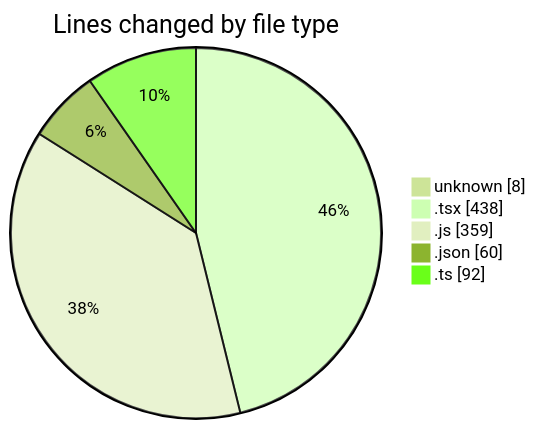
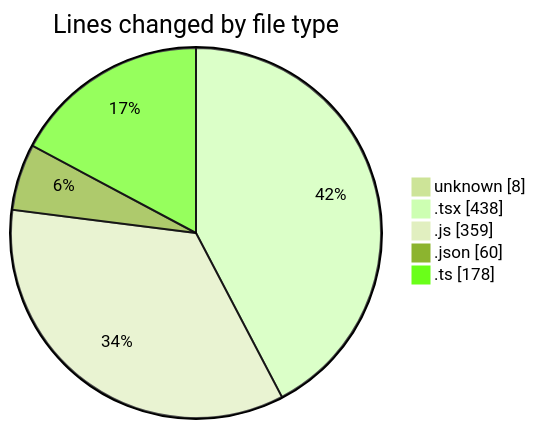
The first of 2 diagrams in 2025-08-07/napxuvn/README.md (lephambinh05/code-tracking), drawn with Mermaid (forest theme) before and after one commit. The commit also changed other lines of this file and 1 other file, not shown here.

````diff
--- a/2025-08-07/napxuvn/README.md
+++ b/2025-08-07/napxuvn/README.md
@@ -31,9 +31,9 @@
 ```mermaid
 pie showData
 title Lines changed by file type
 "unknown" : 8
 ".tsx" : 438
 ".js" : 359
 ".json" : 60
-".ts" : 92
+".ts" : 178
 ```
````
